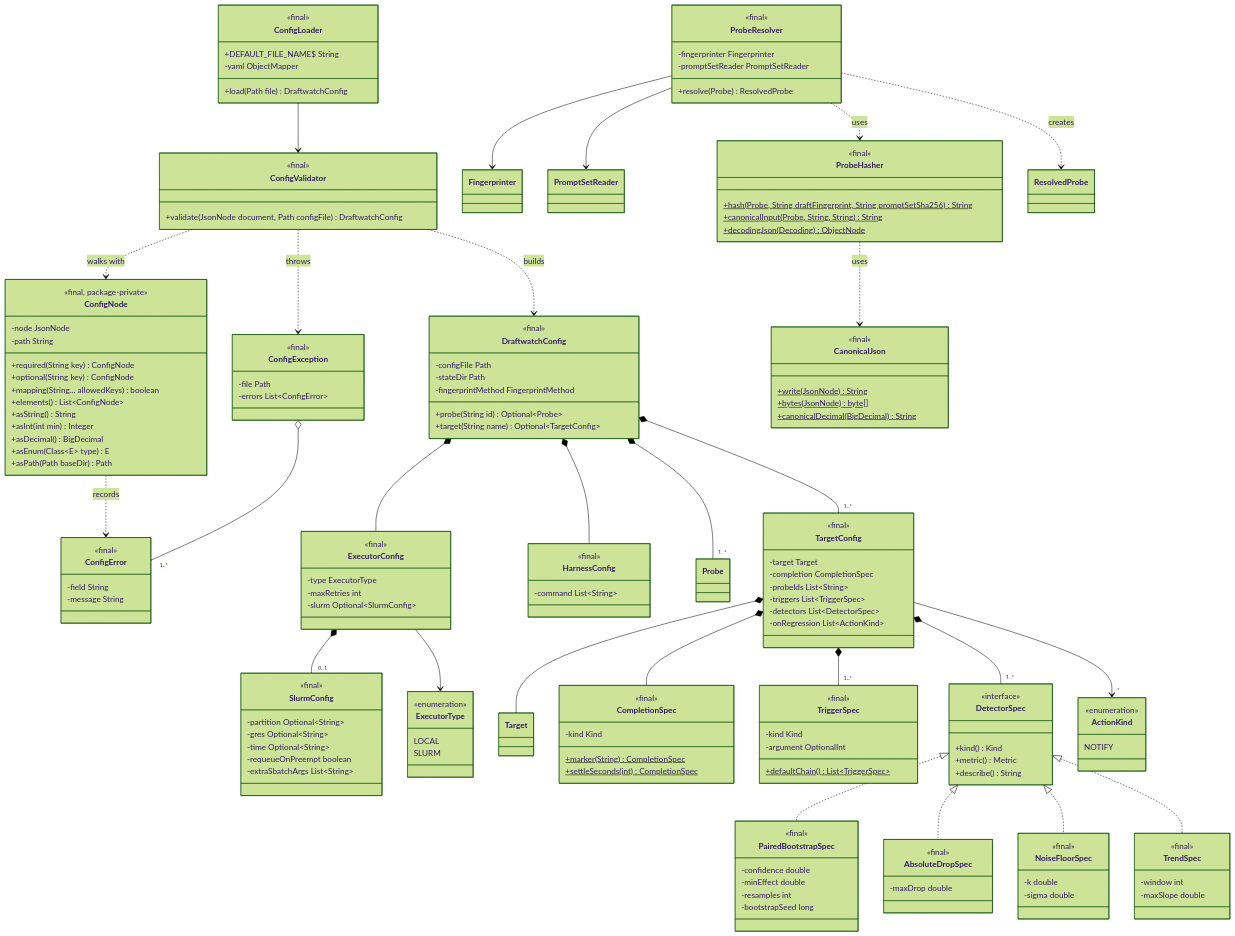
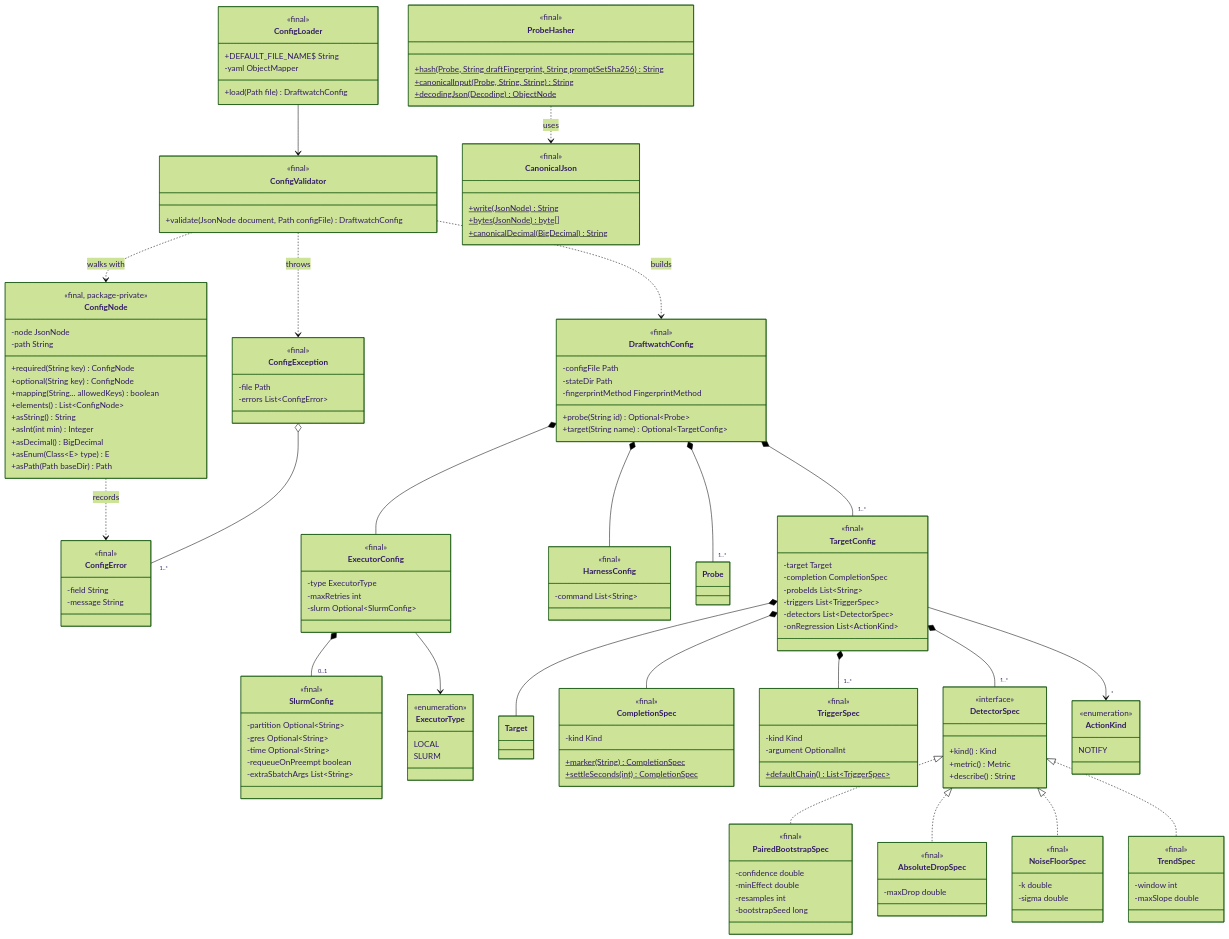
The second of 9 diagrams in docs/uml/class-diagram.md (ritikmahy5/draftwatch), drawn with Mermaid (forest theme) before and after one commit. The commit also changed other lines of this file and 2 other files, not shown here.

Commit message:
docs: update architecture, class diagram, and README for M2

````diff
--- a/docs/uml/class-diagram.md
+++ b/docs/uml/class-diagram.md
@@ -213,12 +236,6 @@
     +canonicalInput(Probe, String, String)$ String
     +decodingJson(Decoding)$ ObjectNode
   }
-  class ProbeResolver {
-    <<final>>
-    -fingerprinter Fingerprinter
-    -promptSetReader PromptSetReader
-    +resolve(Probe) ResolvedProbe
-  }
 
   ConfigLoader --> ConfigValidator
   ConfigValidator ..> ConfigNode : walks with
@@ -242,8 +259,4 @@
   DetectorSpec <|.. NoiseFloorSpec
   DetectorSpec <|.. TrendSpec
   ProbeHasher ..> CanonicalJson : uses
-  ProbeResolver --> Fingerprinter
-  ProbeResolver --> PromptSetReader
-  ProbeResolver ..> ProbeHasher : uses
-  ProbeResolver ..> ResolvedProbe : creates
 ```
````
